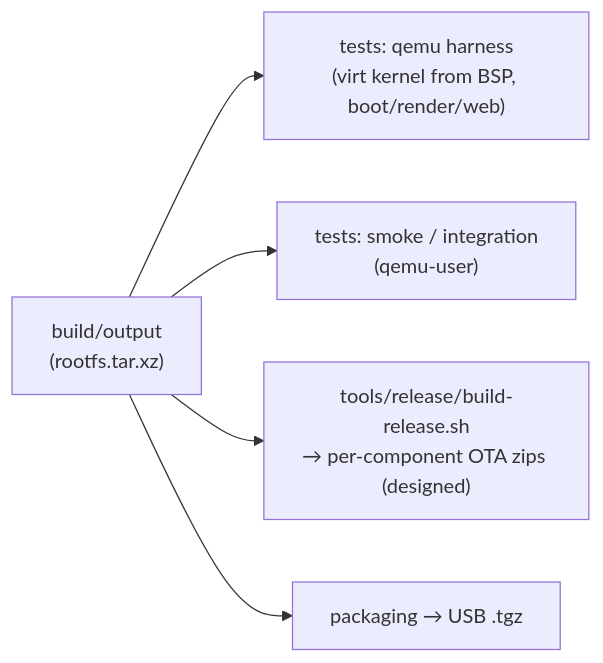
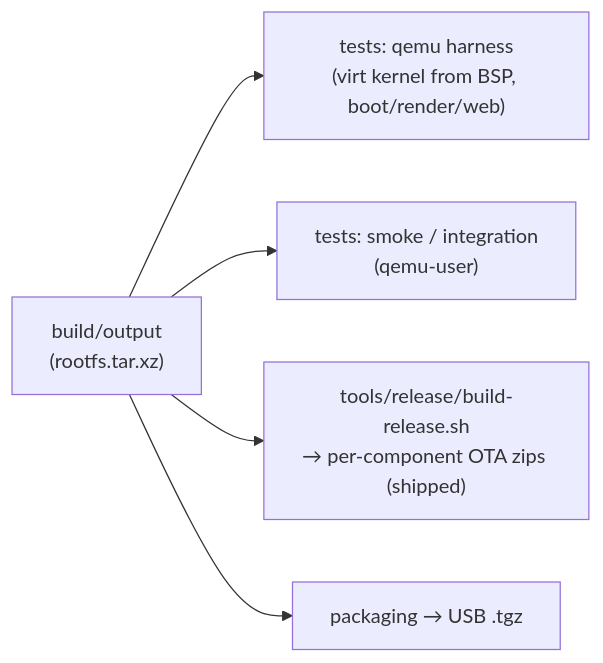
One commit to maci0/reforge changed the second of 2 diagrams in docs/build-process.md. Above: the diagram before and after it, drawn with Mermaid. The commit also changed other lines of this file and 12 other files, not shown here.

````diff
--- a/docs/build-process.md
+++ b/docs/build-process.md
@@ -60,7 +62,7 @@
 ```mermaid
 flowchart LR
     OUT["build/output<br/>(rootfs.tar.xz)"] --> H1["tests: qemu harness<br/>(virt kernel from BSP, boot/render/web)"]
     OUT --> H2["tests: smoke / integration<br/>(qemu-user)"]
-    OUT --> H3["tools/release/build-release.sh<br/>→ per-component OTA zips (designed)"]
+    OUT --> H3["tools/release/build-release.sh<br/>→ per-component OTA zips (shipped)"]
     OUT --> H4["packaging → USB .tgz"]
 ```
````
